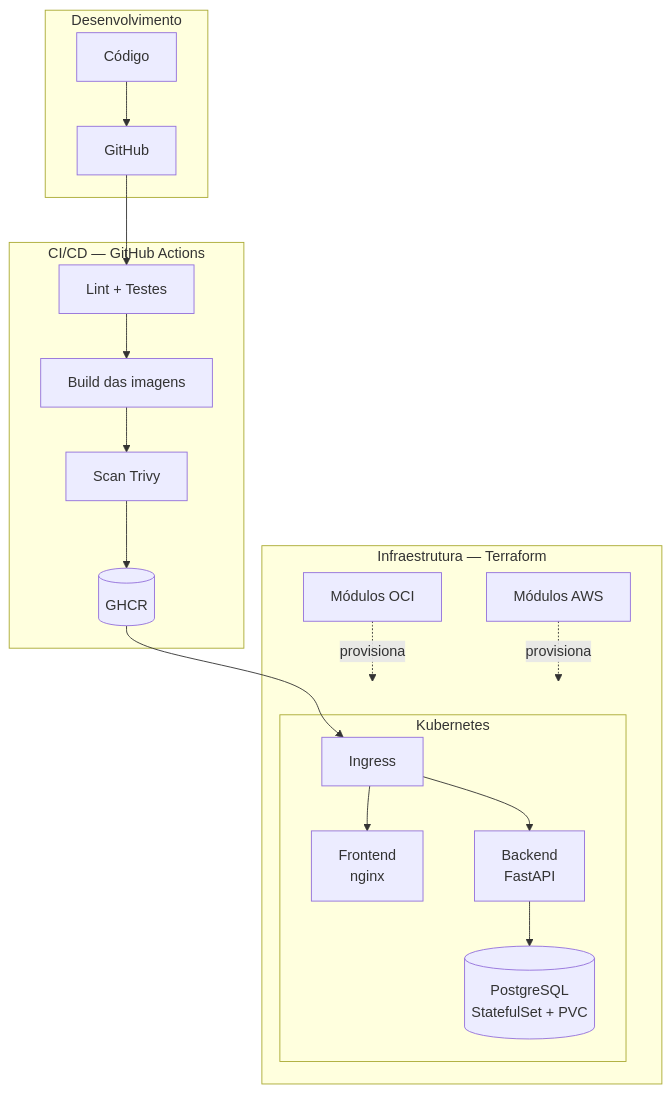
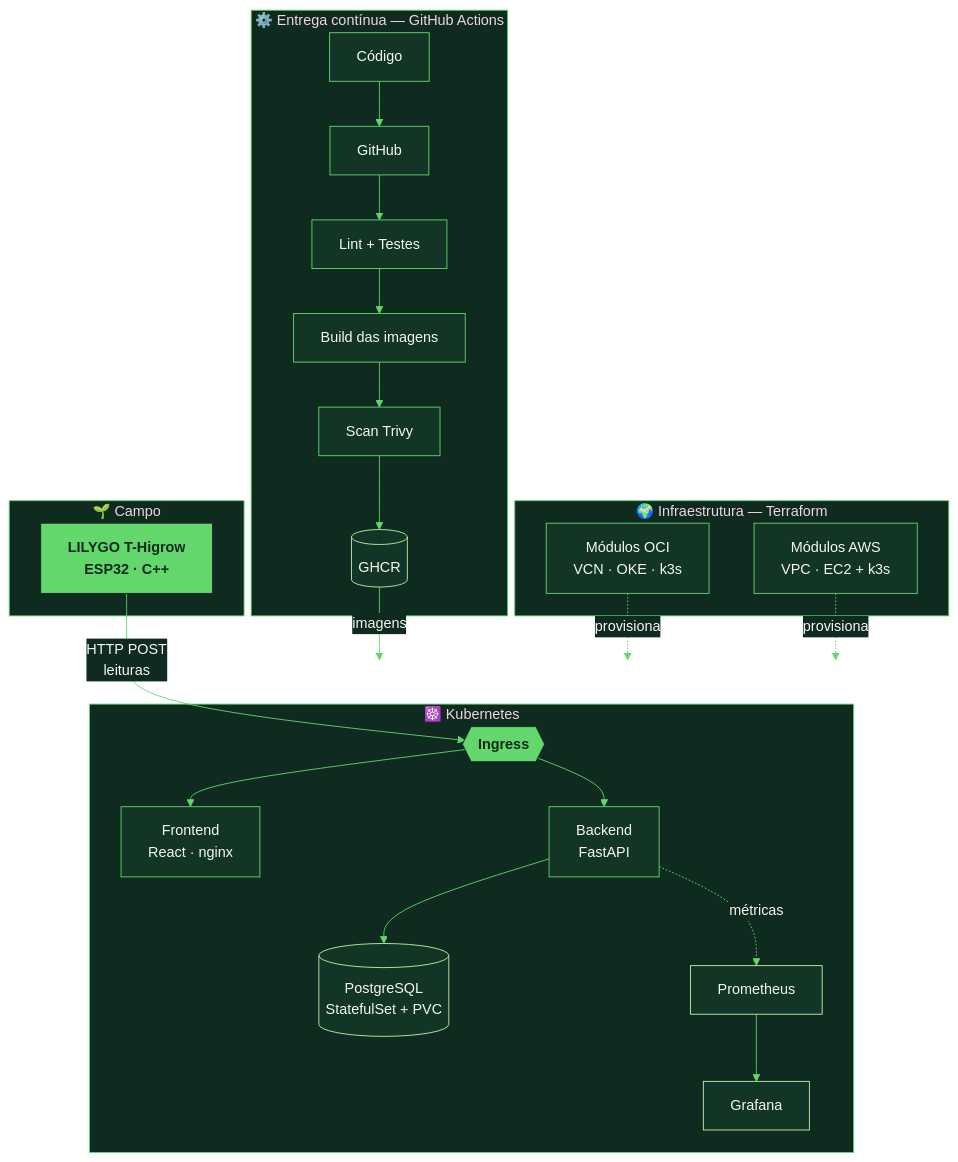
One commit to GabbiReis/Plataforma-IOT changed the diagram in README.md. Above: the diagram before and after it, drawn with Mermaid. The commit also changed other lines of this file and 18 other files, not shown here.

````diff
--- a/README.md
+++ b/README.md
@@ -87,25 +137,49 @@
 ```mermaid
+%%{init: {'theme':'base','themeVariables':{
+  'primaryColor':'#123526',
+  'primaryTextColor':'#f4f7f5',
+  'primaryBorderColor':'#63d66c',
+  'lineColor':'#63d66c',
+  'secondaryColor':'#0f2a1f',
+  'tertiaryColor':'#0f2a1f',
+  'clusterBkg':'#0f2a1f',
+  'clusterBorder':'#63d66c',
+  'fontFamily':'Segoe UI, Roboto, sans-serif'
+}}}%%
 flowchart TB
-    subgraph dev["Desenvolvimento"]
-        A[Código] --> B[GitHub]
+    subgraph campo["🌱 Campo"]
+        S["LILYGO T-Higrow<br/>ESP32 · C++"]
     end
 
-    subgraph ci["CI/CD — GitHub Actions"]
-        B --> C[Lint + Testes]
-        C --> D[Build das imagens]
-        D --> E[Scan Trivy]
-        E --> F[(GHCR)]
+    subgraph entrega["⚙️ Entrega contínua — GitHub Actions"]
+        A["Código"] --> B["GitHub"]
+        B --> C["Lint + Testes"]
+        C --> D["Build das imagens"]
+        D --> E["Scan Trivy"]
+        E --> F[("GHCR")]
     end
 
-    subgraph k8s["Kubernetes"]
-        F --> G[Ingress]
-        G --> H[Frontend<br/>nginx]
-        G --> I[Backend<br/>FastAPI]
-        I --> J[(PostgreSQL<br/>StatefulSet + PVC)]
+    subgraph cluster["☸️ Kubernetes"]
+        G{{"Ingress"}}
+        G --> H["Frontend<br/>React · nginx"]
+        G --> I["Backend<br/>FastAPI"]
+        I --> J[("PostgreSQL<br/>StatefulSet + PVC")]
+        I -.->|"métricas"| M["Prometheus"]
+        M --> N["Grafana"]
     end
 
-    subgraph infra["Infraestrutura — Terraform"]
-        K[Módulos OCI] -.provisiona.-> k8s
-        L[Módulos AWS] -.provisiona.-> k8s
+    subgraph nuvem["🌍 Infraestrutura — Terraform"]
+        O["Módulos OCI<br/>VCN · OKE · k3s"]
+        P["Módulos AWS<br/>VPC · EC2 + k3s"]
     end
+
+    S -->|"HTTP POST<br/>leituras"| G
+    F -->|"imagens"| cluster
+    O -.->|"provisiona"| cluster
+    P -.->|"provisiona"| cluster
+
+    classDef destaque fill:#63d66c,stroke:#0f2a1f,color:#0f2a1f,font-weight:bold
+    classDef dados fill:#123526,stroke:#bff3a7,color:#f4f7f5
+    class S,G destaque
+    class J,F,M,N dados
 ```
````
